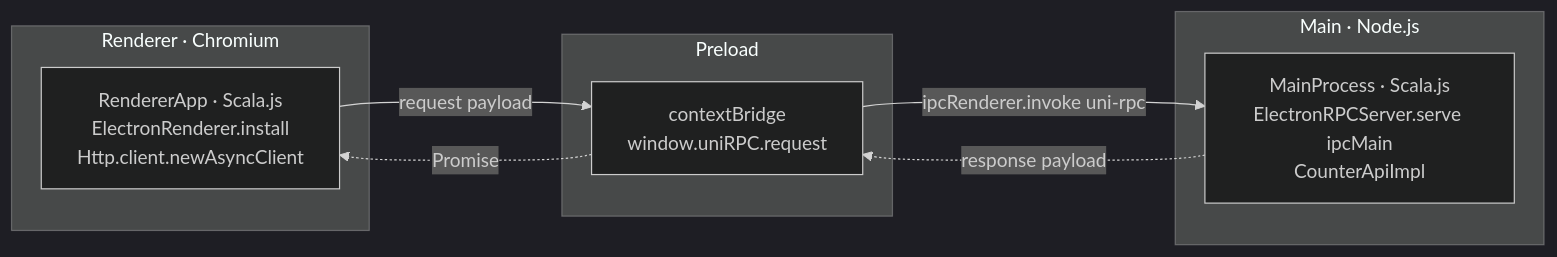
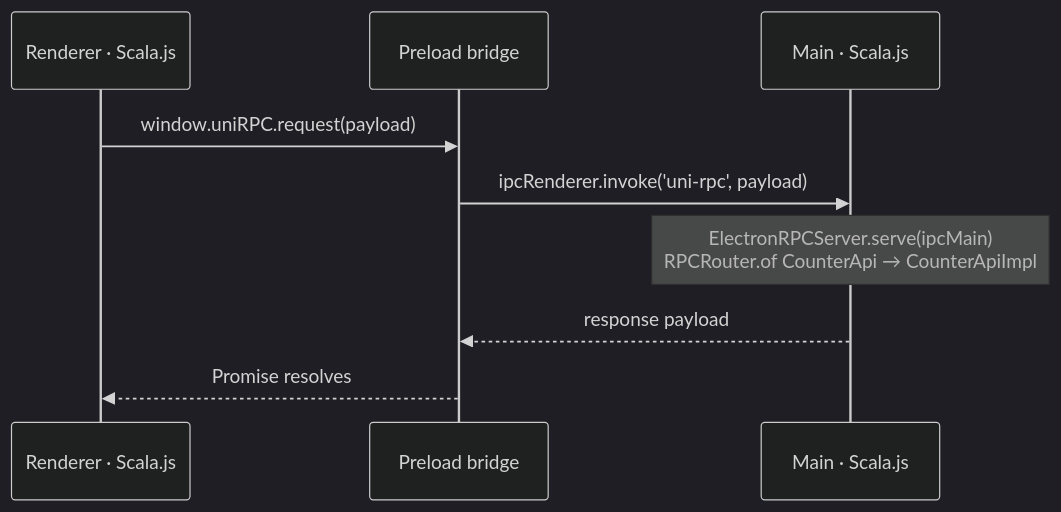
The diagram in docs/http/electron-tutorial.md (wvlet/uni), drawn with Mermaid (dark theme) before and after one commit. The commit also changed 2 other files, not shown here.

Commit message:
docs: Use sequence diagrams for the Electron IPC flow (#611)
## Summary

Follow-up to #610. The horizontal Mermaid flowcharts rendered **too
small** in VitePress's width-limited content column.

The renderer↔preload↔main exchange is really a **request/response
sequence**, so this switches the three diagrams to `sequenceDiagram`:
- Lays out **vertically** → fits the narrow content column (docs have
plenty of vertical space).
- Reads top-to-bottom in call order, making the IPC round-trip explicit
(request → `ipcRenderer.invoke` → dispatch → response → Promise).

No site-wide changes (no column widening, no zoom plugin) — the fix is
just the right diagram type for the content.

Applied to:
- `docs/http/electron.md` (reference)
- `docs/http/electron-tutorial.md` (tutorial)
- `examples/electron-app/README.md` (GitHub renders it natively)

## Verification

`pnpm docs:build` passes; `sequenceDiagram` and the (URL-encoded)
message text are bundled into the page chunks for client-side rendering.

🤖 Generated with [Claude Code](https://claude.com/claude-code)

````diff
--- a/docs/http/electron-tutorial.md
+++ b/docs/http/electron-tutorial.md
@@ -16,16 +16,11 @@
 ```mermaid
-flowchart LR
-  subgraph R["Renderer · Chromium"]
-    A["RendererApp · Scala.js<br/>ElectronRenderer.install<br/>Http.client.newAsyncClient"]
-  end
-  subgraph PL["Preload"]
-    B["contextBridge<br/>window.uniRPC.request"]
-  end
-  subgraph M["Main · Node.js"]
-    C["MainProcess · Scala.js<br/>ElectronRPCServer.serve ipcMain<br/>CounterApiImpl"]
-  end
-  A -- "request payload" --> B
-  B -- "ipcRenderer.invoke uni-rpc" --> C
-  C -. "response payload" .-> B
-  B -. "Promise" .-> A
+sequenceDiagram
+    participant R as Renderer · Scala.js
+    participant P as Preload bridge
+    participant M as Main · Scala.js
+    R->>P: window.uniRPC.request(payload)
+    P->>M: ipcRenderer.invoke('uni-rpc', payload)
+    Note over M: ElectronRPCServer.serve(ipcMain)<br/>RPCRouter.of CounterApi → CounterApiImpl
+    M-->>P: response payload
+    P-->>R: Promise resolves
 ```
````
